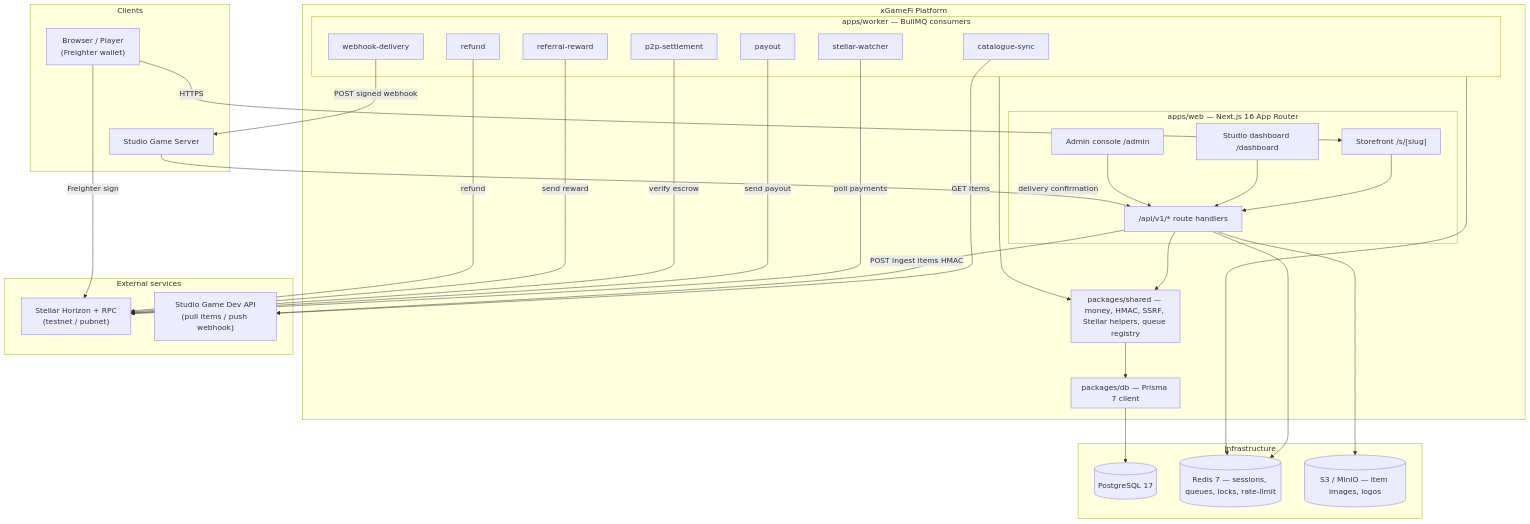
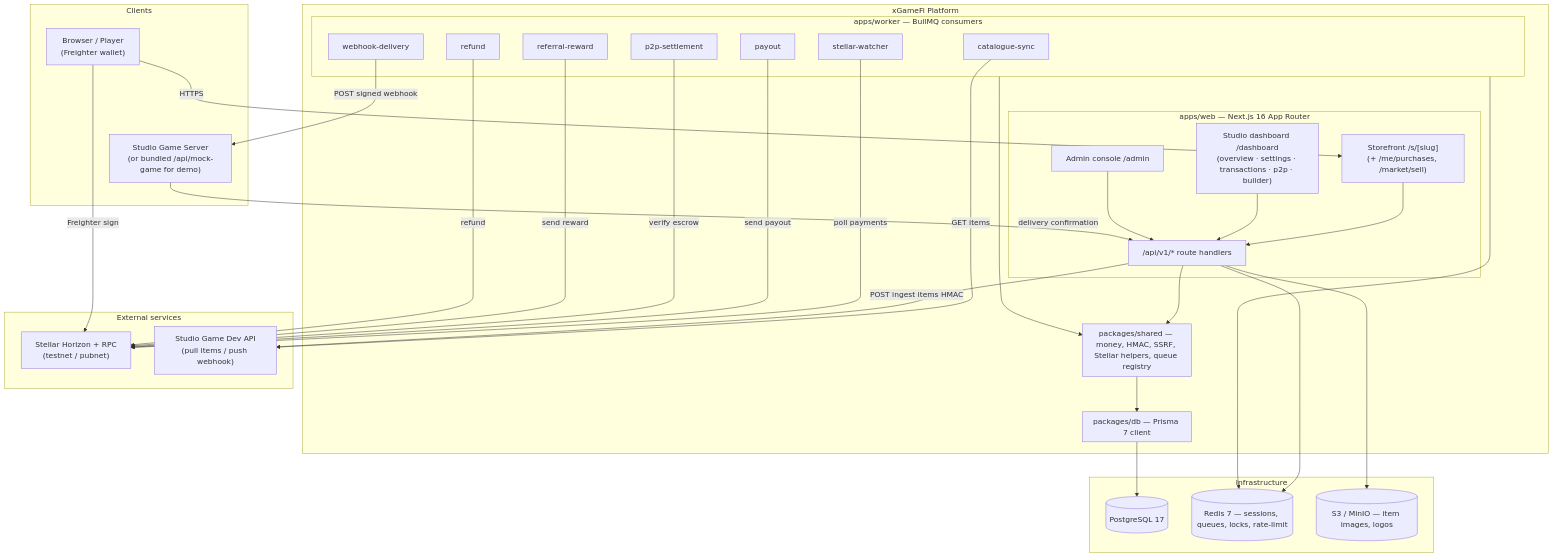
The first of 5 diagrams in README.md (christian-manalang/xgamefi), drawn with Mermaid before and after one commit. The commit also changed other lines of this file, not shown here.

````diff
--- a/README.md
+++ b/README.md
@@ -74,64 +87,64 @@
 ```mermaid
 flowchart TB
     subgraph Client["Clients"]
         Browser["Browser / Player\n(Freighter wallet)"]
-        GameServer["Studio Game Server"]
+        GameServer["Studio Game Server\n(or bundled /api/mock-game for demo)"]
     end
 
     subgraph Platform["xGameFi Platform"]
         subgraph WebApp["apps/web — Next.js 16 App Router"]
-            Storefront["Storefront /s/[slug]"]
-            Dashboard["Studio dashboard /dashboard"]
+            Storefront["Storefront /s/[slug]\n(+ /me/purchases, /market/sell)"]
+            Dashboard["Studio dashboard /dashboard\n(overview · settings · transactions · p2p · builder)"]
             Admin["Admin console /admin"]
             API["/api/v1/* route handlers"]
         end
         subgraph Worker["apps/worker — BullMQ consumers"]
             CatSync["catalogue-sync"]
             Watcher["stellar-watcher"]
             WebhookJob["webhook-delivery"]
             Payout["payout"]
             P2PSettle["p2p-settlement"]
             RefReward["referral-reward"]
             Refund["refund"]
         end
         subgraph Shared["packages/shared — money, HMAC, SSRF, Stellar helpers, queue registry"]
         end
         subgraph DB["packages/db — Prisma 7 client"]
         end
     end
 
     subgraph Infra["Infrastructure"]
         Postgres[("PostgreSQL 17")]
         Redis[("Redis 7 — sessions, queues, locks, rate-limit")]
         S3[("S3 / MinIO — item images, logos")]
     end
 
     subgraph External["External services"]
         Horizon["Stellar Horizon + RPC\n(testnet / pubnet)"]
         GameAPI["Studio Game Dev API\n(pull items / push webhook)"]
     end
 
     Browser -->|HTTPS| Storefront
     Browser -->|Freighter sign| Horizon
     Storefront --> API
     Dashboard --> API
     Admin --> API
     API --> Shared
     Worker --> Shared
     Shared --> DB
     DB --> Postgres
     API --> Redis
     Worker --> Redis
     API --> S3
 
     Watcher -->|poll payments| Horizon
     Payout -->|send payout| Horizon
     P2PSettle -->|verify escrow| Horizon
     RefReward -->|send reward| Horizon
     Refund -->|refund| Horizon
 
     CatSync -->|GET items| GameAPI
     API -->|POST ingest items HMAC| GameAPI
     WebhookJob -->|POST signed webhook| GameServer
     GameServer -->|delivery confirmation| API
 ```
````
